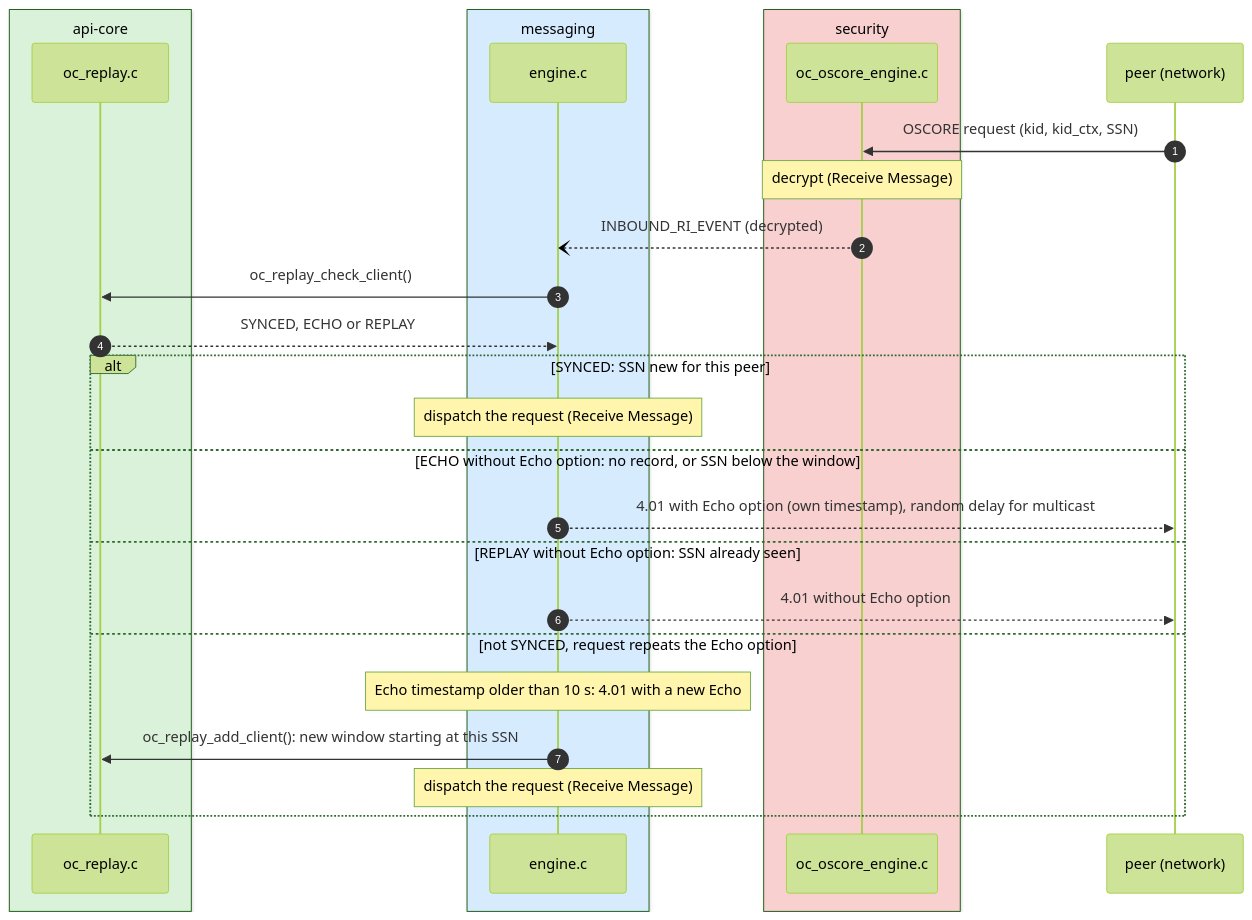
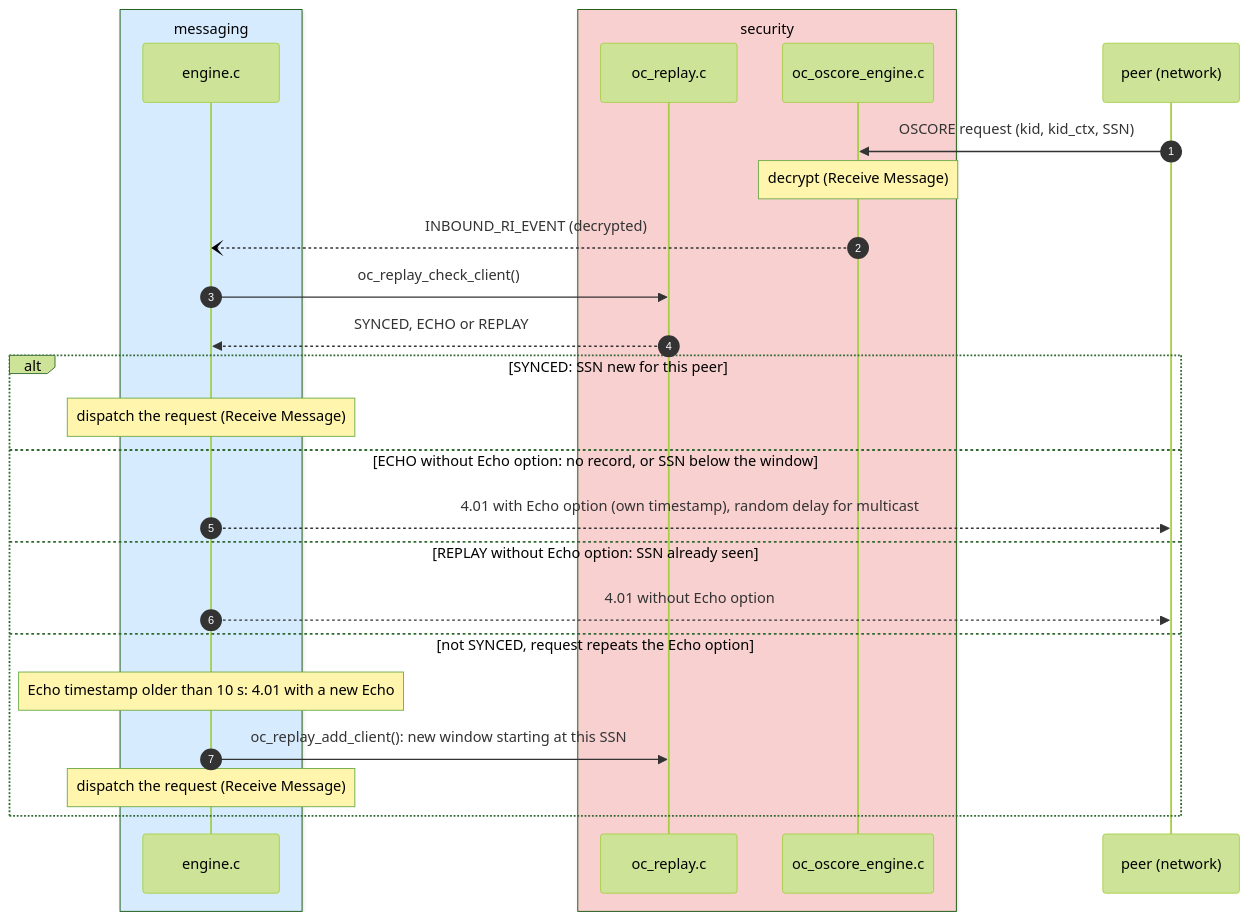
Before and after one commit to nrfconnect/sdk-knx-iot-point-api-stack: the sixth of 7 diagrams in docs/software-design.md, drawn with Mermaid (forest theme). The commit also changed other lines of this file and 182 other files, not shown here.

````diff
--- a/docs/software-design.md
+++ b/docs/software-design.md
@@ -376,31 +394,29 @@
 ```mermaid
 sequenceDiagram
   autonumber
-  box rgb(217,242,217) api-core
-    participant RPL as oc_replay.c
-  end
   box rgb(215,235,255) messaging
     participant ENG as engine.c
   end
   box rgb(248,208,208) security
+    participant RPL as oc_replay.c
     participant OSC as oc_oscore_engine.c
   end
   participant P as peer (network)
 
   P->>OSC: OSCORE request (kid, kid_ctx, SSN)
   Note over OSC: decrypt (Receive Message)
   OSC--)ENG: INBOUND_RI_EVENT (decrypted)
   ENG->>RPL: oc_replay_check_client()
   RPL-->>ENG: SYNCED, ECHO or REPLAY
   alt SYNCED: SSN new for this peer
     Note over ENG: dispatch the request (Receive Message)
   else ECHO without Echo option: no record, or SSN below the window
     ENG-->>P: 4.01 with Echo option (own timestamp), random delay for multicast
   else REPLAY without Echo option: SSN already seen
     ENG-->>P: 4.01 without Echo option
   else not SYNCED, request repeats the Echo option
     Note over ENG: Echo timestamp older than 10 s: 4.01 with a new Echo
     ENG->>RPL: oc_replay_add_client(): new window starting at this SSN
     Note over ENG: dispatch the request (Receive Message)
   end
 ```
````
